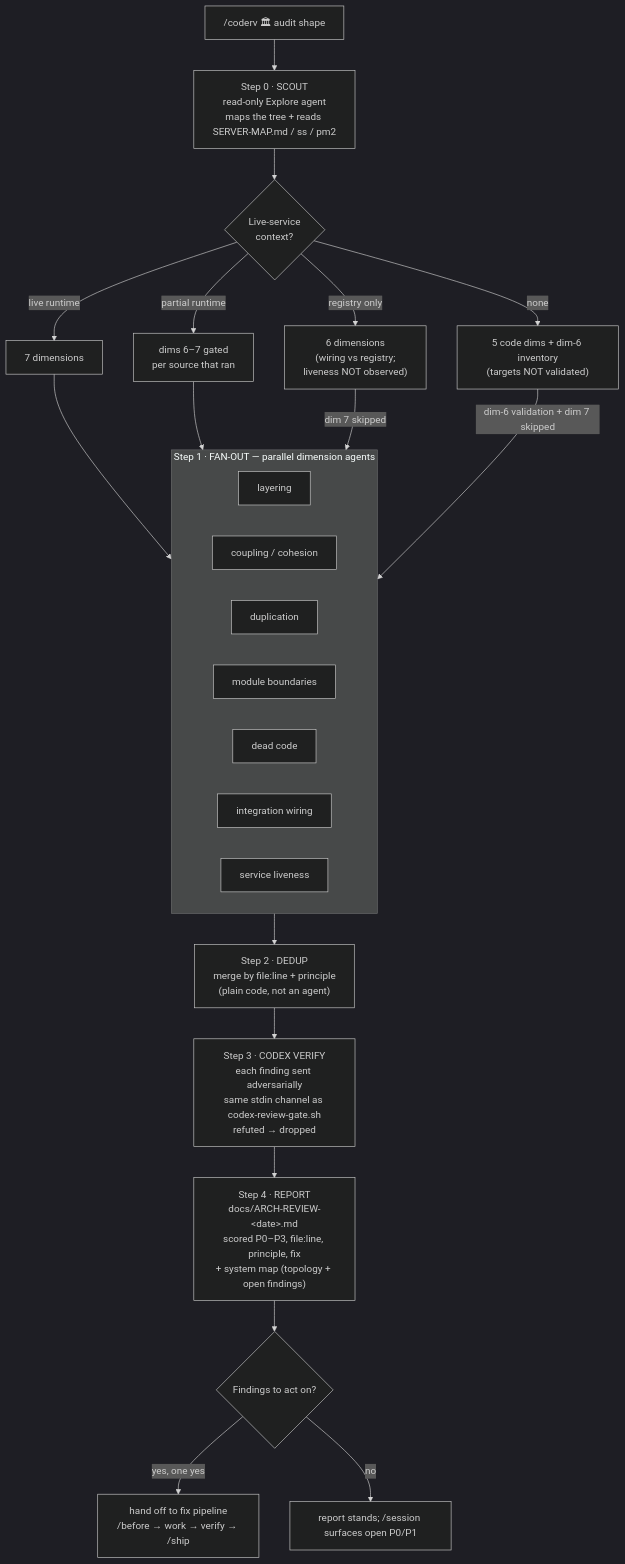
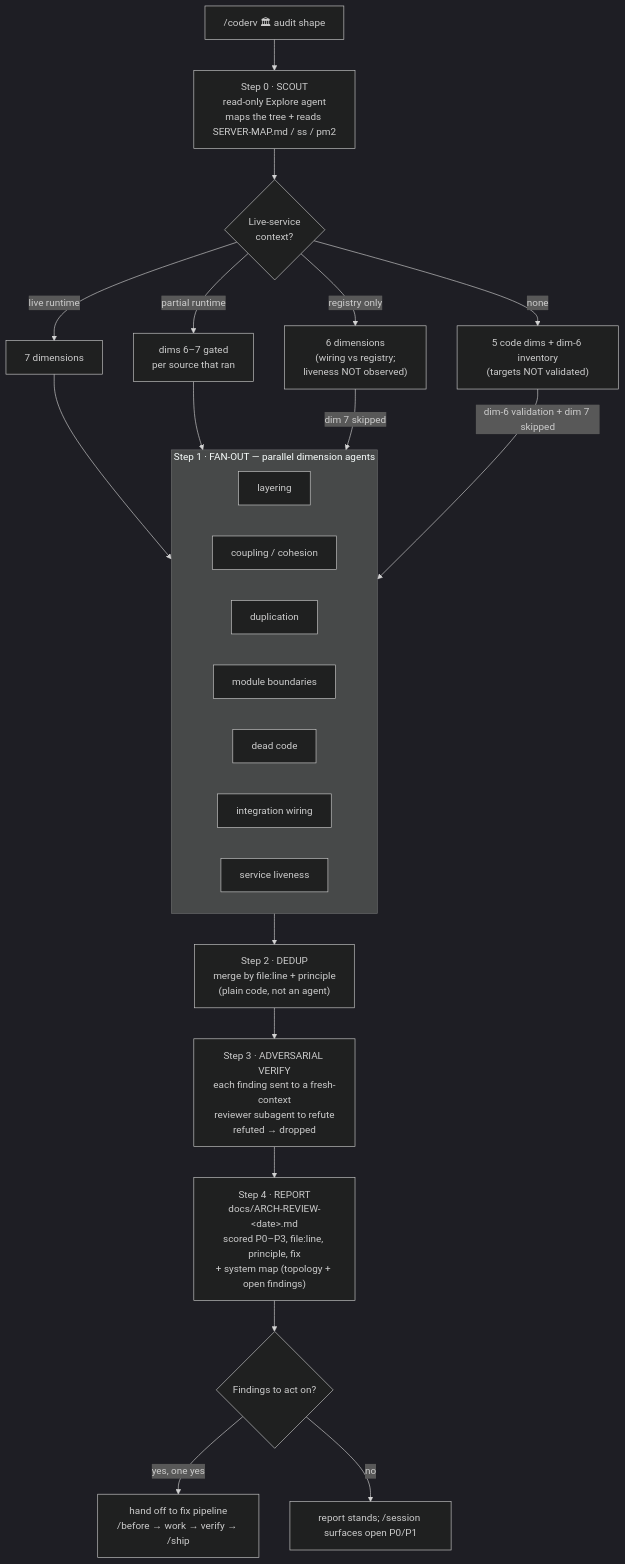
Before and after one commit to AbudiHadi/coderv: the diagram in skills/coderv/architecture-review.md, drawn with Mermaid (dark theme). The commit also changed other lines of this file and 20 other files, not shown here.

````diff
--- a/skills/coderv/architecture-review.md
+++ b/skills/coderv/architecture-review.md
@@ -22,31 +23,31 @@
 ```mermaid
 flowchart TD
     A["/coderv 🏛 audit shape"] --> B["Step 0 · SCOUT<br/>read-only Explore agent<br/>maps the tree + reads SERVER-MAP.md / ss / pm2"]
     B --> C{Live-service<br/>context?}
     C -->|live runtime| D["7 dimensions"]
     C -->|partial runtime| DP["dims 6–7 gated<br/>per source that ran"]
     C -->|registry only| D1["6 dimensions<br/>(wiring vs registry;<br/>liveness NOT observed)"]
     C -->|none| D2["5 code dims + dim-6 inventory<br/>(targets NOT validated)"]
     D --> E
     DP --> E
     D1 -->|dim 7 skipped| E
     D2 -->|dim-6 validation + dim 7 skipped| E
 
     subgraph E ["Step 1 · FAN-OUT — parallel dimension agents"]
       direction LR
       E1["layering"]
       E2["coupling / cohesion"]
       E3["duplication"]
       E4["module boundaries"]
       E5["dead code"]
       E6["integration wiring"]
       E7["service liveness"]
     end
 
     E --> F["Step 2 · DEDUP<br/>merge by file:line + principle<br/>(plain code, not an agent)"]
-    F --> G["Step 3 · CODEX VERIFY<br/>each finding sent adversarially<br/>same stdin channel as codex-review-gate.sh<br/>refuted → dropped"]
+    F --> G["Step 3 · ADVERSARIAL VERIFY<br/>each finding sent to a fresh-context<br/>reviewer subagent to refute<br/>refuted → dropped"]
     G --> H["Step 4 · REPORT<br/>docs/ARCH-REVIEW-&lt;date&gt;.md<br/>scored P0–P3, file:line, principle, fix<br/>+ system map (topology + open findings)"]
     H --> I{"Findings to act on?"}
     I -->|yes, one yes| J["hand off to fix pipeline<br/>/before → work → verify → /ship"]
     I -->|no| K["report stands; /session surfaces open P0/P1"]
 ```
````
